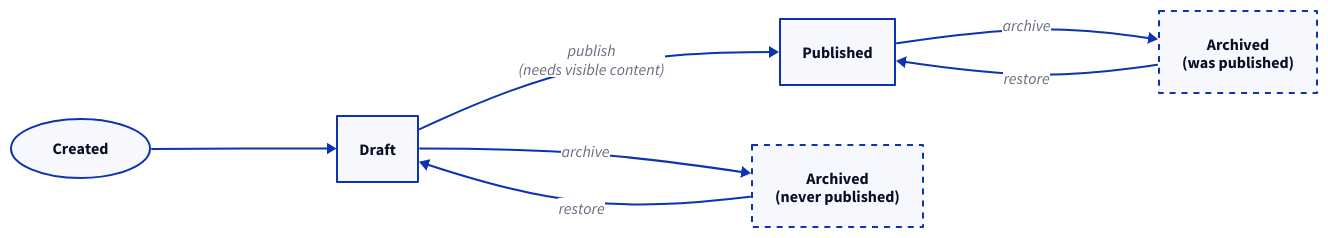
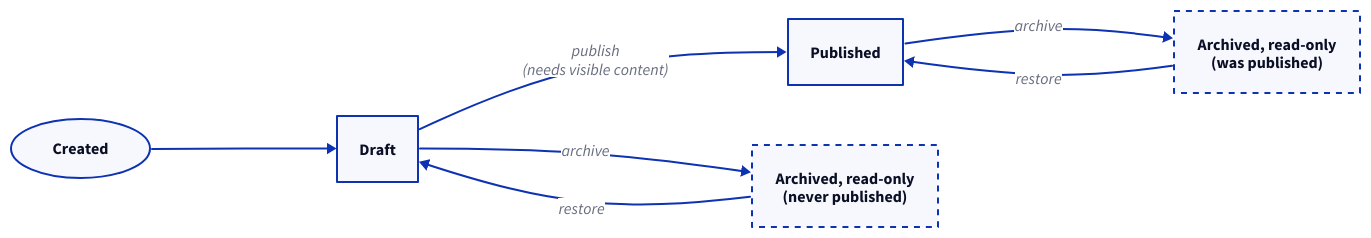
One commit to AlexTo/Wattle-LMS changed the first of 3 diagrams in docs/src/content/docs/en/design/live-course-editing.mdx. Above: the diagram before and after it, drawn with D2. The commit also changed other lines of this file and 13 other files, not shown here.

First line of the commit message:
feat(instructor-api,instructor-portal): make an archived course read-only (#160)

````diff
--- a/docs/src/content/docs/en/design/live-course-editing.mdx
+++ b/docs/src/content/docs/en/design/live-course-editing.mdx
@@ -18,16 +18,16 @@
-```d2 title="Lifecycle of a course: a draft is published once it has content; archiving keeps whether it was ever published, and restore returns it there"
+```d2 title="Lifecycle of a course: a draft is published once it has content; archiving makes it read-only and keeps whether it was ever published, and restore returns it there"
 direction: right
 
 new: "Created" {shape: oval}
 draft: Draft
 published: Published
-archived_draft: "Archived\n(never published)" {style.stroke-dash: 3}
-archived_published: "Archived\n(was published)" {style.stroke-dash: 3}
+archived_draft: "Archived, read-only\n(never published)" {style.stroke-dash: 3}
+archived_published: "Archived, read-only\n(was published)" {style.stroke-dash: 3}
 
 new -> draft
 draft -> published: "publish\n(needs visible content)"
 draft -> archived_draft: archive
 published -> archived_published: archive
 archived_draft -> draft: restore
 archived_published -> published: restore
 ```
````
